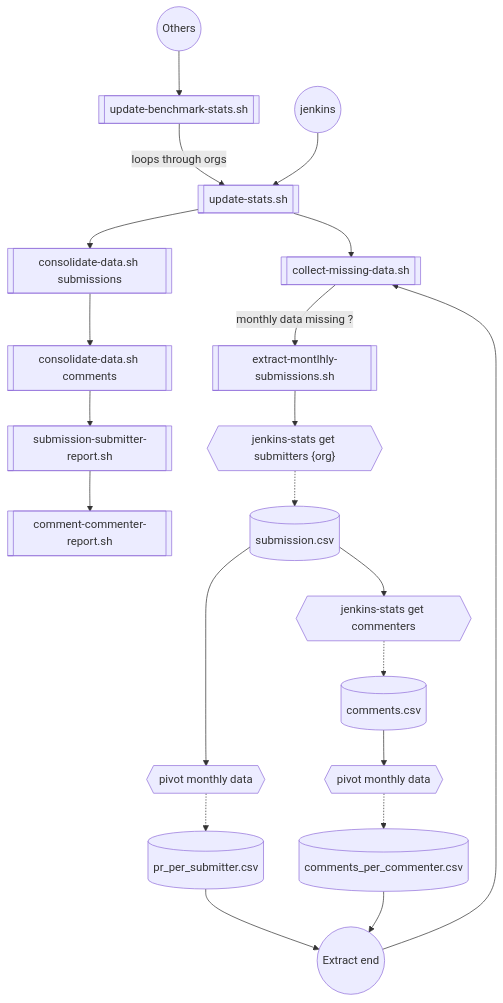
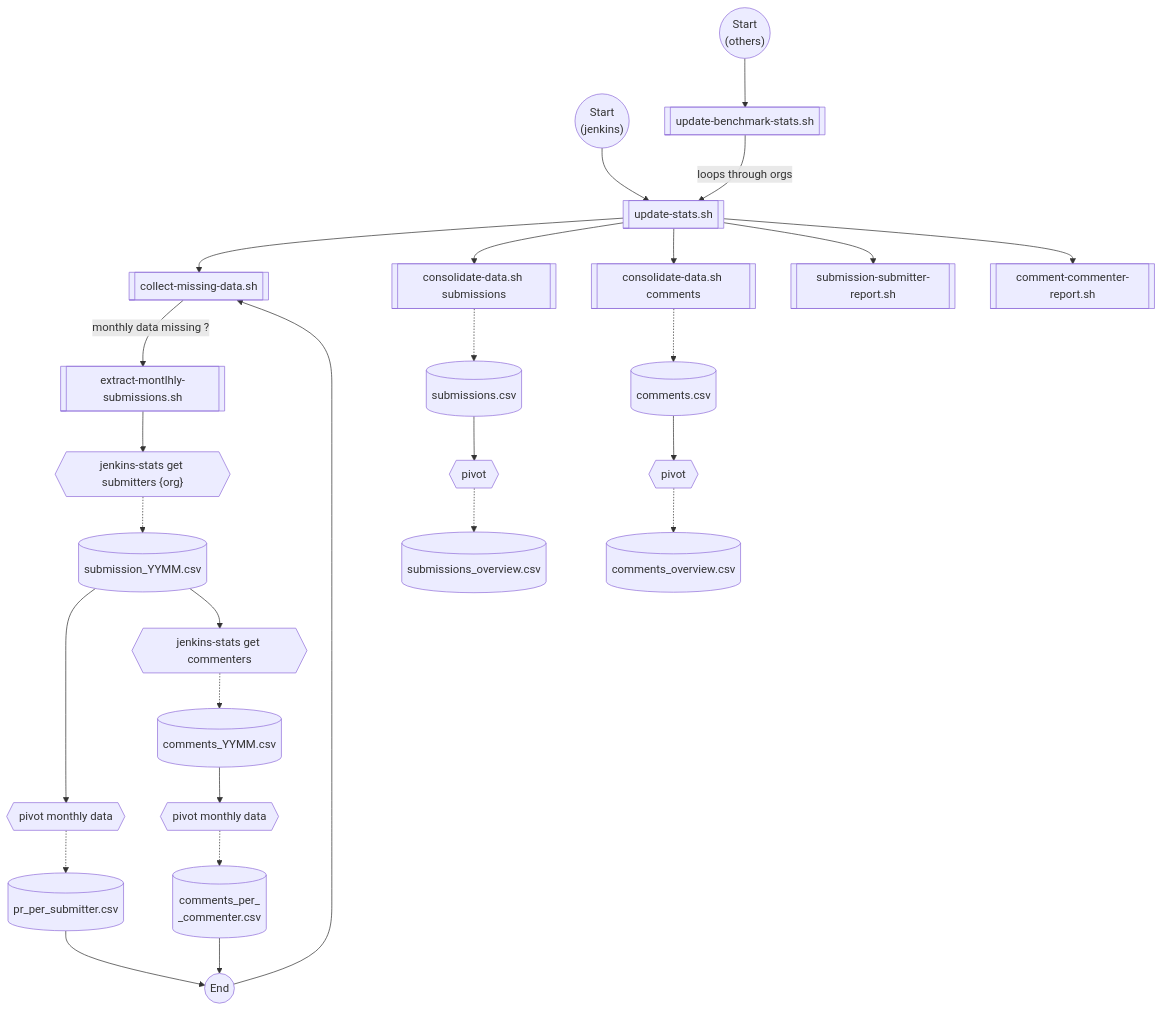
One commit to jenkins-infra/jenkins-contribution-stats changed the diagram in README.md. Above: the diagram before and after it, drawn with Mermaid. The commit also changed other lines of this file, not shown here.

Commit message:
Mermaid fix

````diff
--- a/README.md
+++ b/README.md
@@ -33,35 +40,55 @@
 ```mermaid
-flowchart TD;
-    start1((Others));
+flowchart TD
+	start1(("`Start
+	(others)
+	 `"))
 
-	start2((jenkins));
+    start2(("`Start
+    (jenkins)
+     `"))
 
-    extract_end((Extract end));
+    extract_end((End))
 
-    A[[update-benchmark-stats.sh]];
-    B[[update-stats.sh]];
-    C[[collect-missing-data.sh]];
-    D[[consolidate-data.sh submissions]];
-    E[[consolidate-data.sh comments]];
-    F[[submission-submitter-report.sh]];
-    G[[comment-commenter-report.sh]];
-    extracData[[extract-montlhly-submissions.sh]];
-    get_submitters{{"jenkins-stats get submitters {org}"}};
+    %% Processes
 
-    submission_month[(submission.csv)];
-    monththlyPivot_submit[(pr_per_submitter.csv)];
-    comments_month[(comments.csv)];
-    monththlyPivot_comment[(comments_per_commenter.csv)];
+	A[[update-benchmark-stats.sh]]
+	B[[update-stats.sh]]
+    C[[collect-missing-data.sh]]
+    D[[consolidate-data.sh submissions]]
+    E[[consolidate-data.sh comments]]
+    F[[submission-submitter-report.sh]]
+    G[[comment-commenter-report.sh]]
+    extracData[[extract-montlhly-submissions.sh]]
+    get_submitters{{"jenkins-stats get submitters {org}"}}
+    get_commenters{{"jenkins-stats get commenters"}}
+
+    %% data files
+    submission_month[(submission_YYMM.csv)]
+    monththlyPivot_submit[(pr_per_submitter.csv)]
+    comments_month[(comments_YYMM.csv)]
+    monththlyPivot_comment[("`comments_per_
+    _commenter.csv`")]
+    global_submissions[(submissions.csv)]
+    global_submissionsOverview[(submissions_overview.csv)]
+
+    global_comments[(comments.csv)]
+    global_commentsOverview[(comments_overview.csv)]
+
+    %% pivot processes
+    monthlypivot_subm{{pivot monthly data}}
+    monthlypivot_comment{{pivot monthly data}}
+    subm_overview_pivot{{pivot}}
+    comment_overview_pivot{{pivot}}
+
     
-    monthlypivot_subm{{pivot monthly data}};
-    monthlypivot_comment{{pivot monthly data}};
 
-    get_commenters{{"jenkins-stats get commenters"}};
-    
-    start1 --> A -- loops through orgs --> B;
-    start2 --> B;
-    B --> C -- monthly data missing ? --> extracData  --> get_submitters;
-    get_submitters -.-> submission_month --> monthlypivot_subm -.-> monththlyPivot_submit --> extract_end --> C;
-    submission_month --> get_commenters -.-> comments_month --> monthlypivot_comment -.-> monththlyPivot_comment --> extract_end;
-    B --> D --> E --> F --> G;
+	start1 --> A -- loops through orgs --> B
+	start2 --> B
+    B --> C -- monthly data missing ? --> extracData  --> get_submitters
+    get_submitters -.-> submission_month --> monthlypivot_subm -.-> monththlyPivot_submit --> extract_end --> C
+    submission_month --> get_commenters -.-> comments_month --> monthlypivot_comment -.-> monththlyPivot_comment --> extract_end
+    B --> D -.-> global_submissions --> subm_overview_pivot -.-> global_submissionsOverview
+    B --> E -.-> global_comments --> comment_overview_pivot -.-> global_commentsOverview
+    B --> F 
+    B --> G
 ```
````
